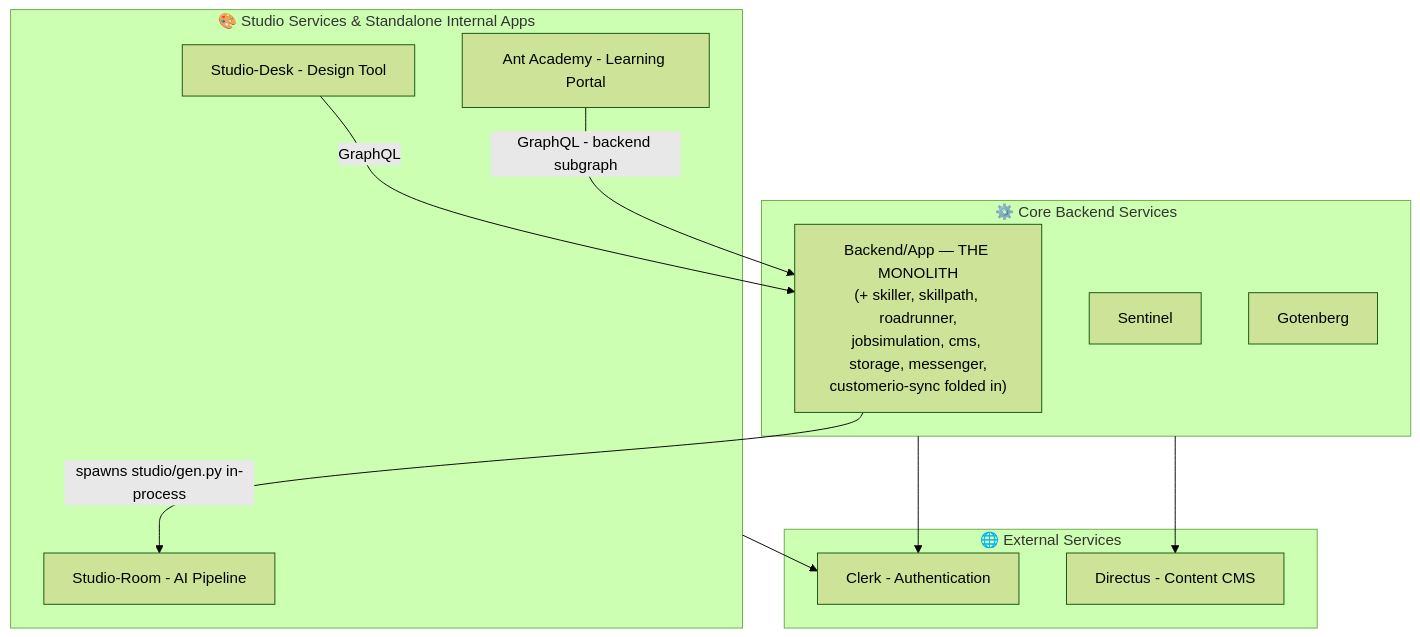
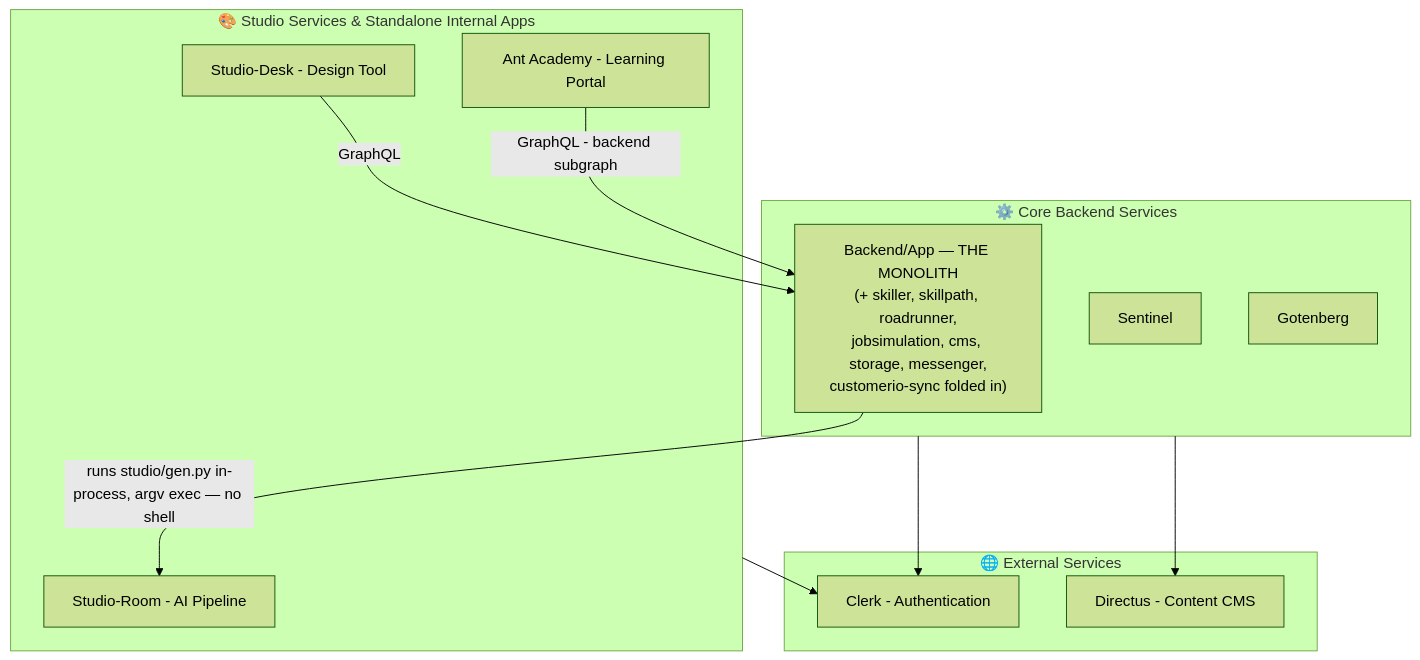
The diagram in corpus/architecture/service_taxonomy.md (anthropos-work/rosetta), drawn with Mermaid (forest theme) before and after one commit. The commit also changed other lines of this file and 5 other files, not shown here.

````diff
--- a/corpus/architecture/service_taxonomy.md
+++ b/corpus/architecture/service_taxonomy.md
@@ -16,27 +16,27 @@
 ```mermaid
 graph TB
     subgraph External["🌐 External Services"]
         Clerk[Clerk - Authentication]
         Directus[Directus - Content CMS]
     end
     
     subgraph Studio["🎨 Studio Services & Standalone Internal Apps"]
         Desk[Studio-Desk - Design Tool]
         Room[Studio-Room - AI Pipeline]
         Academy[Ant Academy - Learning Portal]
     end
     
     subgraph Core["⚙️ Core Backend Services"]
         Backend["Backend/App — THE MONOLITH<br/>(+ skiller, skillpath, roadrunner,<br/>jobsimulation, cms, storage, messenger,<br/>customerio-sync folded in)"]
         Sentinel[Sentinel]
         Gotenberg[Gotenberg]
         %% A Storage node stood here until 838d907 folded it into Backend
     end
     
     Desk -->|GraphQL| Backend
     Academy -->|GraphQL - backend subgraph| Backend
-    Backend -->|spawns studio/gen.py in-process| Room
+    Backend -->|runs studio/gen.py in-process, argv exec — no shell| Room
     Core --> Directus
     Studio --> Clerk
     Core --> Clerk
 ```
````
